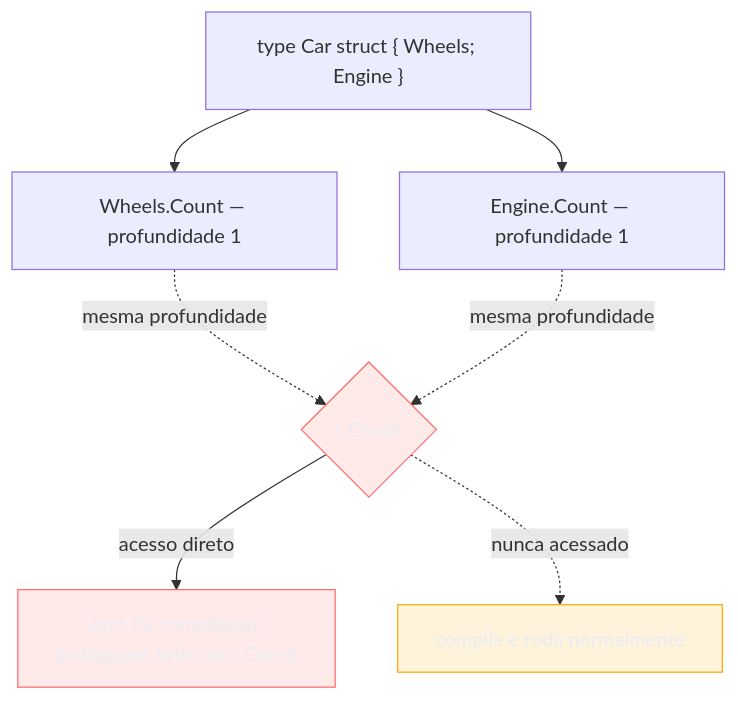
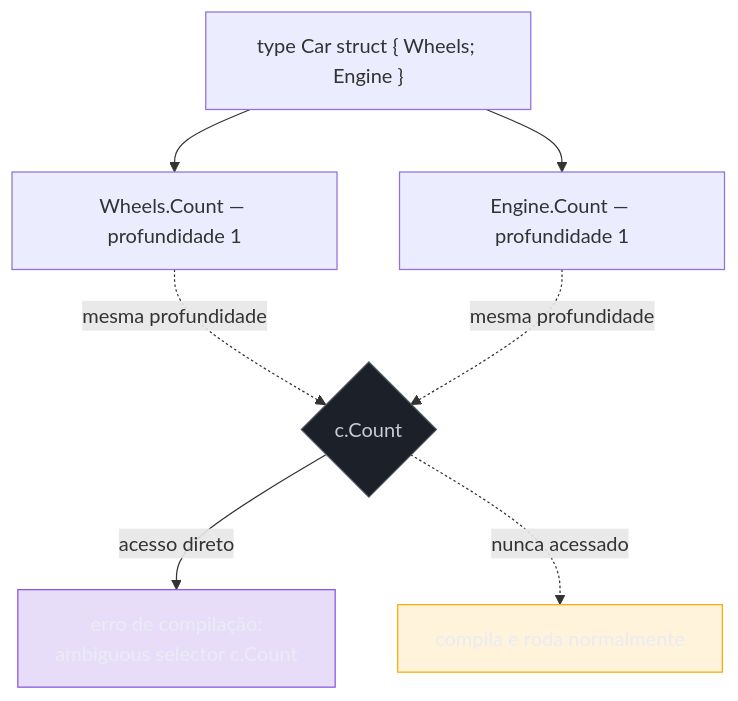
Before and after one commit to josenaldo/codex-technomanticus: the fourth of 4 diagrams in 03-Dominios/Tecnologia/Go/02 - Tipos, structs e métodos/05 - Composição por embedding.md, drawn with Mermaid. The commit also changed other lines of this file and 601 other files, not shown here.

````diff
--- a/03-Dominios/Tecnologia/Go/02 - Tipos, structs e métodos/05 - Composição por embedding.md
+++ b/03-Dominios/Tecnologia/Go/02 - Tipos, structs e métodos/05 - Composição por embedding.md
@@ -298,16 +298,17 @@
 ```mermaid
 flowchart TB
-    classDef falha fill:#FF6B6B24,stroke:#FF6B6B,color:#E9ECF2
+    classDef marca fill:#8855DF33,stroke:#8855DF,color:#E9ECF2
+    classDef neutro fill:#1B2029,stroke:#4E5666,color:#C6CCD8
     classDef destaque fill:#FFAA0024,stroke:#FFAA00,color:#E9ECF2
     Car["type Car struct { Wheels; Engine }"]
     Car --> W["Wheels.Count — profundidade 1"]
     Car --> E["Engine.Count — profundidade 1"]
     W -.->|"mesma profundidade"| Ambig{"c.Count"}
     E -.->|"mesma profundidade"| Ambig
     Ambig -->|"acesso direto"| Erro["erro de compilação:\nambiguous selector c.Count"]
     Ambig -.->|"nunca acessado"| OK["compila e roda normalmente"]
 
-    class Ambig falha
-    class Erro falha
+    class Ambig neutro
+    class Erro marca
     class OK destaque
 ```
````
